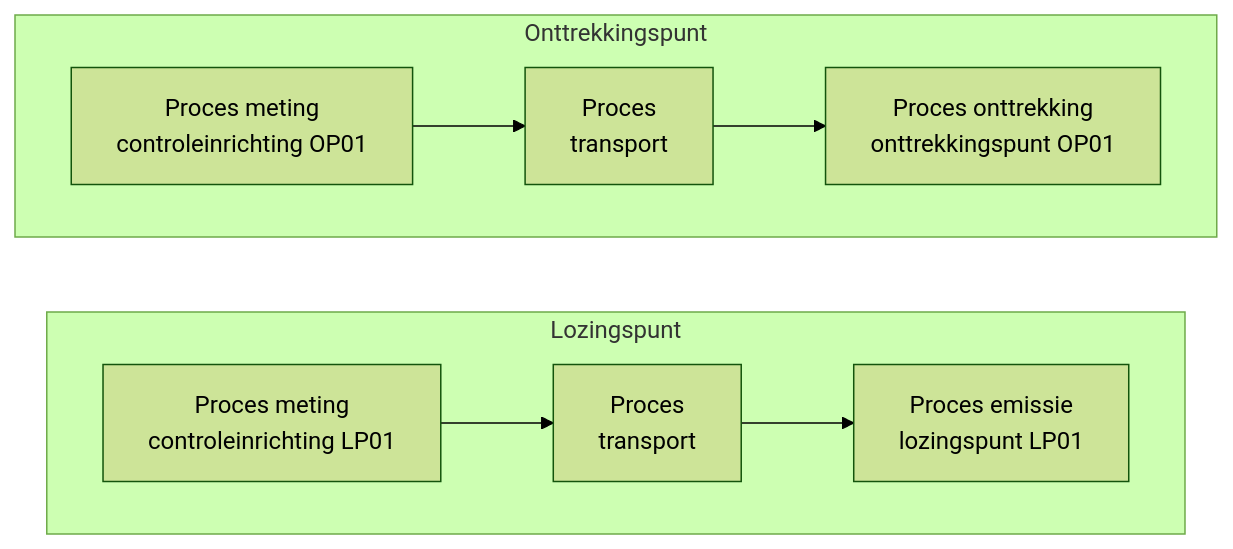
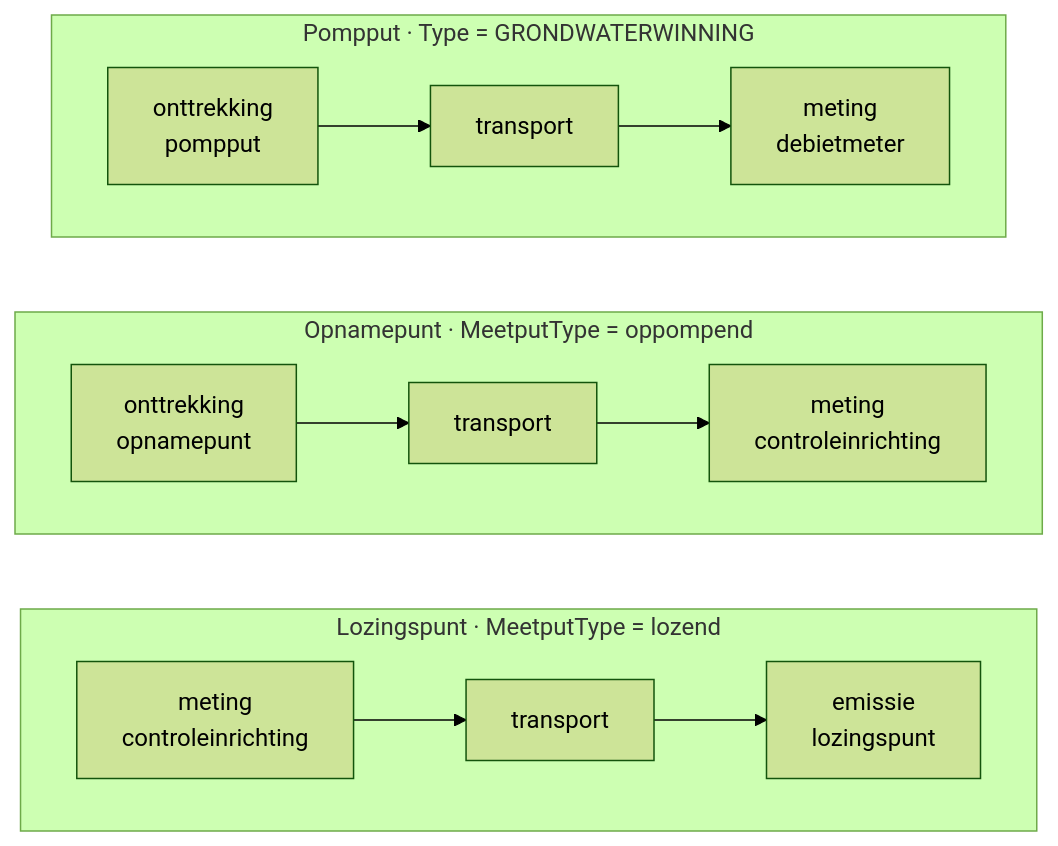
Before and after one commit to milieuinfo/RIE-IEPR: the second of 2 diagrams in documentatie/datamodel/afname/migratie.md, drawn with Mermaid (forest theme). The commit also changed other lines of this file and 20 other files, not shown here.

````diff
--- a/documentatie/datamodel/afname/migratie.md
+++ b/documentatie/datamodel/afname/migratie.md
@@ -204,11 +404,15 @@
 ```mermaid
 flowchart LR
-  subgraph lozingspunt ["Lozingspunt"]
+  subgraph lozing ["Lozingspunt · MeetputType = lozend"]
     direction LR
-    A1["Proces meting<br/>controleinrichting LP01"] --> T1["Proces<br/>transport"] --> A2["Proces emissie<br/>lozingspunt LP01"]
+    A1["meting<br/>controleinrichting"] --> T1["transport"] --> A2["emissie<br/>lozingspunt"]
   end
-  subgraph onttrekkingspunt ["Onttrekkingspunt"]
+  subgraph opname ["Opnamepunt · MeetputType = oppompend"]
     direction LR
-    B1["Proces meting<br/>controleinrichting OP01"] --> T2["Proces<br/>transport"] --> B2["Proces onttrekking<br/>onttrekkingspunt OP01"]
+    B1["onttrekking<br/>opnamepunt"] --> T2["transport"] --> B2["meting<br/>controleinrichting"]
+  end
+  subgraph pompput ["Pompput · Type = GRONDWATERWINNING"]
+    direction LR
+    C1["onttrekking<br/>pompput"] --> T3["transport"] --> C2["meting<br/>debietmeter"]
   end
 ```
````
